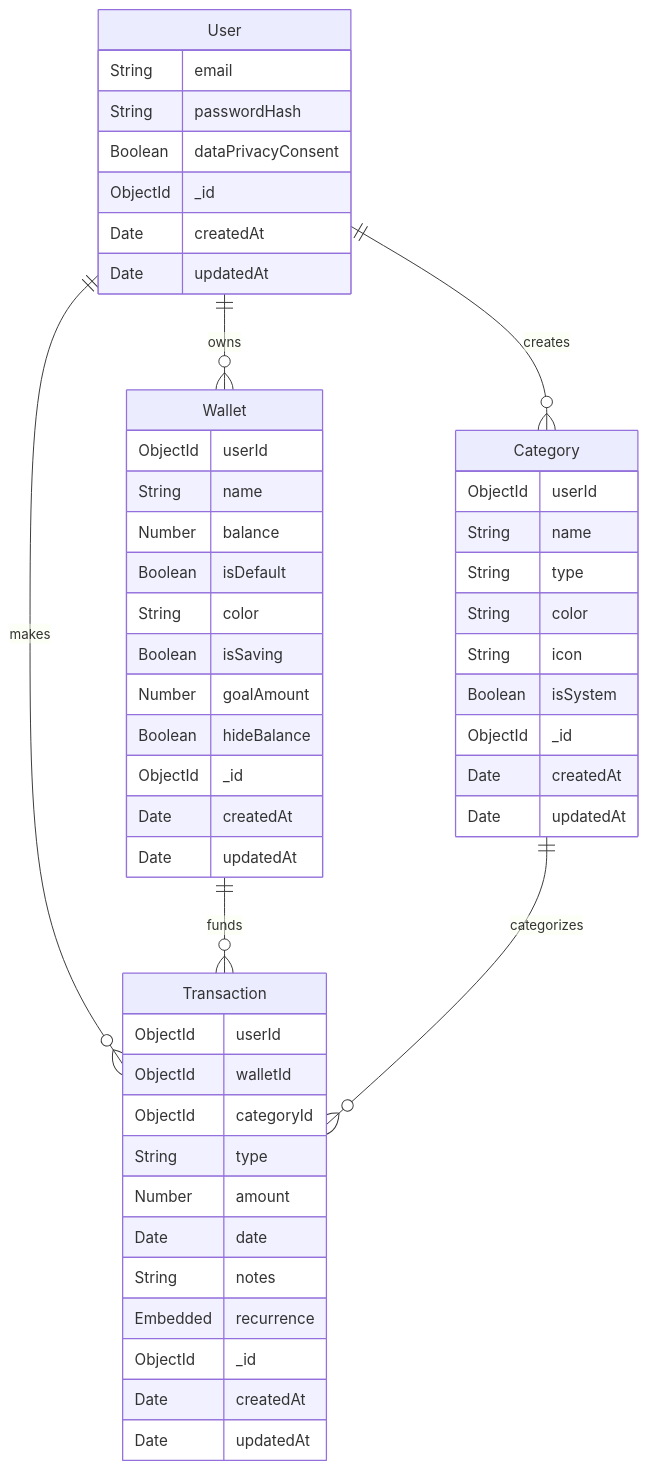
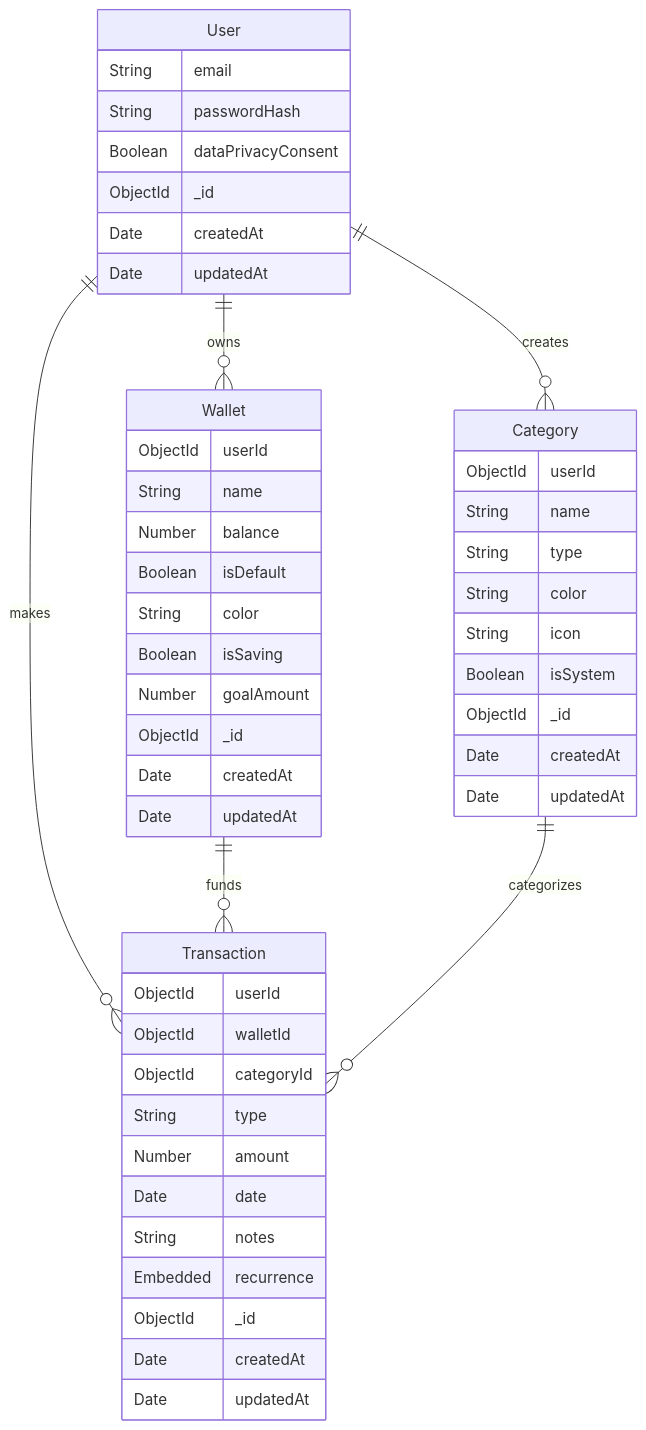
One commit to ComBiao/FinLover changed the diagram in docs/ERD.md. Above: the diagram before and after it, drawn with Mermaid. The commit also changed 10 other files, not shown here.

Commit message:
fix: remove hideBalance from wallet

````diff
--- a/docs/ERD.md
+++ b/docs/ERD.md
@@ -3,58 +3,57 @@
 ```mermaid
 erDiagram
   User ||--o{ Wallet : "owns"
   User ||--o{ Category : "creates"
   User ||--o{ Transaction : "makes"
   Wallet ||--o{ Transaction : "funds"
   Category ||--o{ Transaction : "categorizes"
 
   User {
     String email
     String passwordHash
     Boolean dataPrivacyConsent
     ObjectId _id
     Date createdAt
     Date updatedAt
   }
 
   Wallet {
     ObjectId userId
     String name
     Number balance
     Boolean isDefault
     String color
     Boolean isSaving
     Number goalAmount
-    Boolean hideBalance
     ObjectId _id
     Date createdAt
     Date updatedAt
   }
 
   Category {
     ObjectId userId
     String name
     String type
     String color
     String icon
     Boolean isSystem
     ObjectId _id
     Date createdAt
     Date updatedAt
   }
 
   Transaction {
     ObjectId userId
     ObjectId walletId
     ObjectId categoryId
     String type
     Number amount
     Date date
     String notes
     Embedded recurrence
     ObjectId _id
     Date createdAt
     Date updatedAt
   }
 
 ```
````
